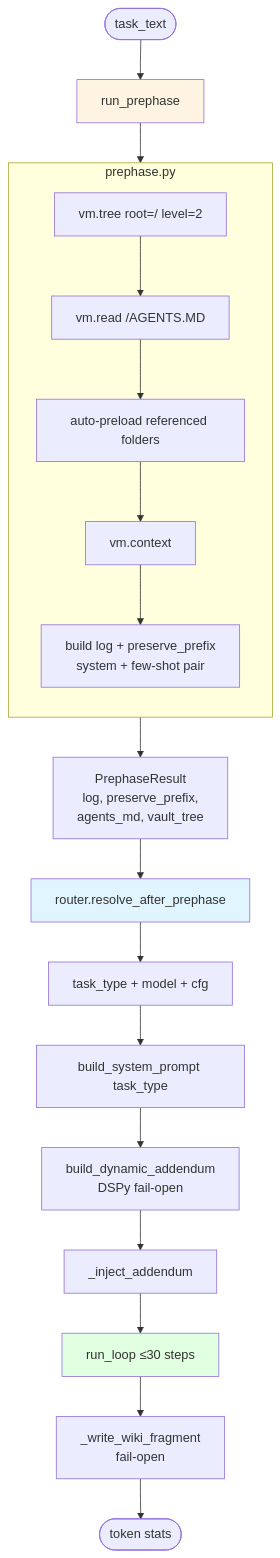
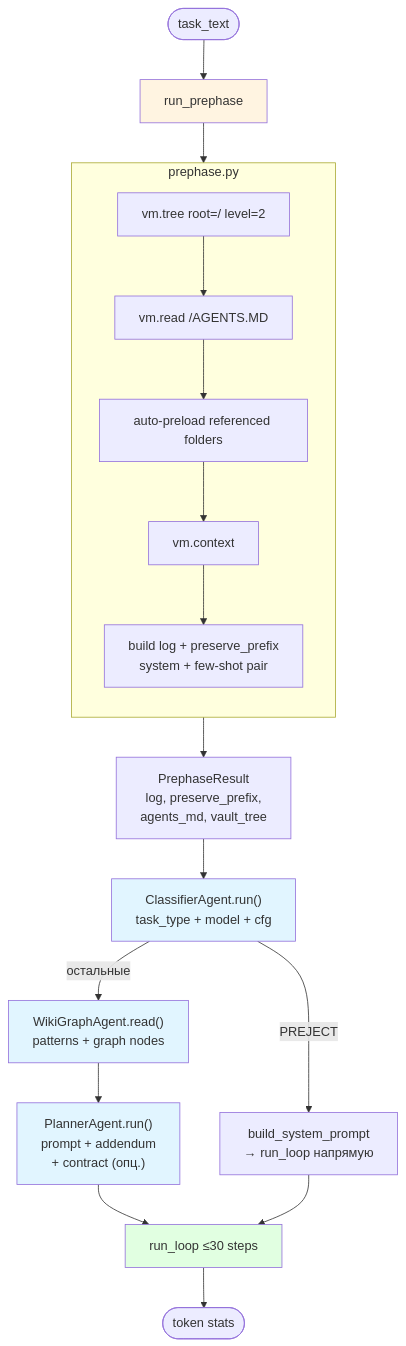
Before and after one commit to ikeniborn/pac1-tool: the third of 4 diagrams in docs/architecture/01-execution-flow.md, drawn with Mermaid. The commit also changed other lines of this file, not shown here.

Commit message:
docs(arch): update 01 — replace monolithic run_agent diagram with agent pipeline

````diff
--- a/docs/architecture/01-execution-flow.md
+++ b/docs/architecture/01-execution-flow.md
@@ -77,30 +77,32 @@
 ```mermaid
 flowchart TB
     In([task_text]) --> Prephase[run_prephase]
 
     subgraph PP[prephase.py]
         direction TB
         Tree[vm.tree root=/ level=2] --> ReadAGENTS[vm.read /AGENTS.MD]
         ReadAGENTS --> Preload[auto-preload referenced folders]
         Preload --> Ctx[vm.context]
         Ctx --> BuildLog[build log + preserve_prefix<br/>system + few-shot pair]
     end
 
     Prephase --> PP
     PP --> PreResult[PrephaseResult<br/>log, preserve_prefix,<br/>agents_md, vault_tree]
 
-    PreResult --> Classify[router.resolve_after_prephase]
-    Classify --> TaskType[task_type + model + cfg]
+    PreResult --> ClsAgent["ClassifierAgent.run()<br/>task_type + model + cfg"]
 
-    TaskType --> BuildPrompt[build_system_prompt task_type]
-    BuildPrompt --> Addendum[build_dynamic_addendum<br/>DSPy fail-open]
-    Addendum --> Inject[_inject_addendum]
+    ClsAgent -->|PREJECT| PrejectPath["build_system_prompt<br/>→ run_loop напрямую"]
+    ClsAgent -->|остальные| WikiAgent["WikiGraphAgent.read()<br/>patterns + graph nodes"]
 
-    Inject --> Loop[run_loop ≤30 steps]
-    Loop --> Wiki[_write_wiki_fragment<br/>fail-open]
-    Wiki --> Out([token stats])
+    WikiAgent --> PlanAgent["PlannerAgent.run()<br/>prompt + addendum<br/>+ contract (опц.)"]
+
+    PlanAgent --> Loop[run_loop ≤30 steps]
+    PrejectPath --> Loop
+    Loop --> Out([token stats])
 
     style Prephase fill:#fff4e1
-    style Classify fill:#e1f5ff
+    style ClsAgent fill:#e1f5ff
+    style WikiAgent fill:#e1f5ff
+    style PlanAgent fill:#e1f5ff
     style Loop fill:#e1ffe1
 ```
````
